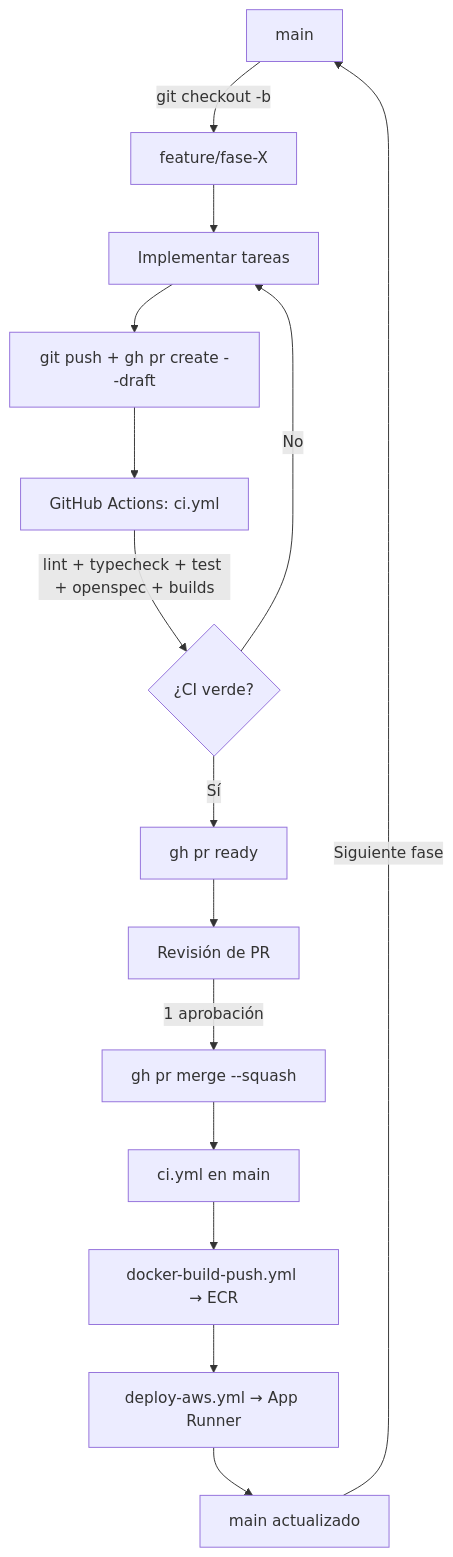
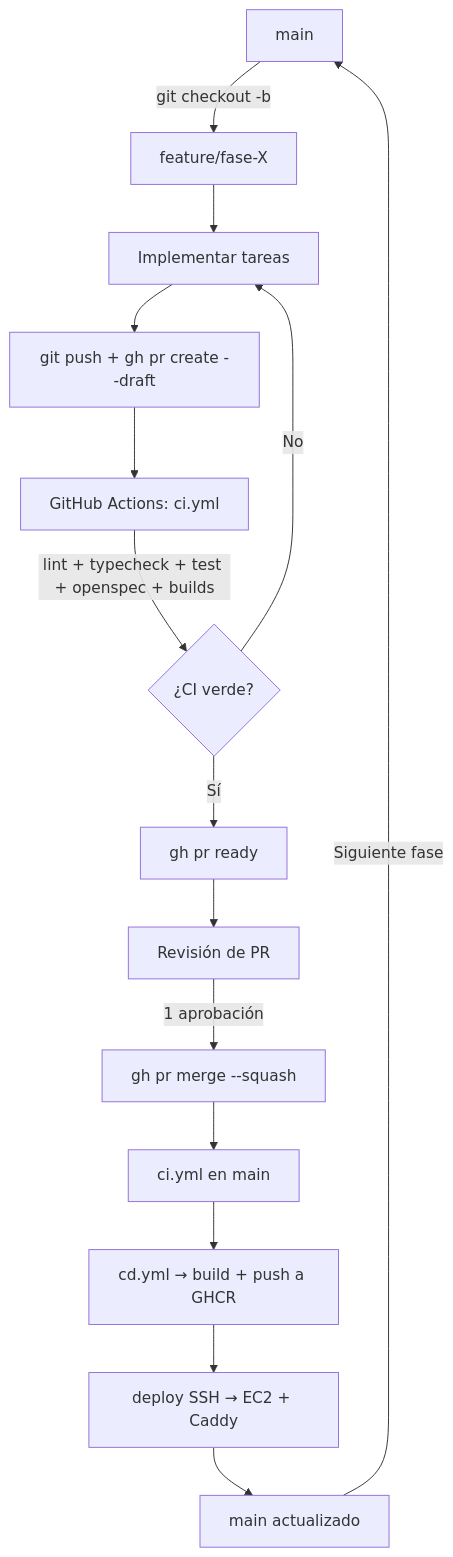
Before and after one commit to GasparNa/clubDeportivo: the diagram in AGENTS.md, drawn with Mermaid. The commit also changed other lines of this file and 8 other files, not shown here.

````diff
--- a/AGENTS.md
+++ b/AGENTS.md
@@ -282,17 +276,17 @@
 ```mermaid
 graph TD
     A[main] -->|git checkout -b| B[feature/fase-X]
     B --> C[Implementar tareas]
     C --> D[git push + gh pr create --draft]
     D --> E[GitHub Actions: ci.yml]
     E -->|lint + typecheck + test + openspec + builds| F{¿CI verde?}
     F -->|No| C
     F -->|Sí| G[gh pr ready]
     G --> H[Revisión de PR]
     H -->|1 aprobación| I[gh pr merge --squash]
     I --> J[ci.yml en main]
-    J --> K[docker-build-push.yml → ECR]
-    K --> L[deploy-aws.yml → App Runner]
+    J --> K[cd.yml → build + push a GHCR]
+    K --> L[deploy SSH → EC2 + Caddy]
     L --> M[main actualizado]
     M -->|Siguiente fase| A
 ```
````
